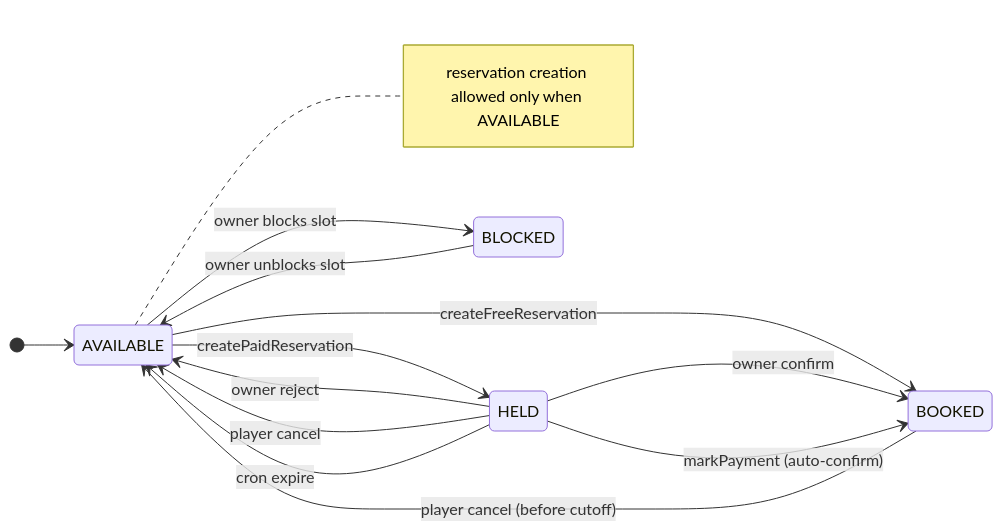
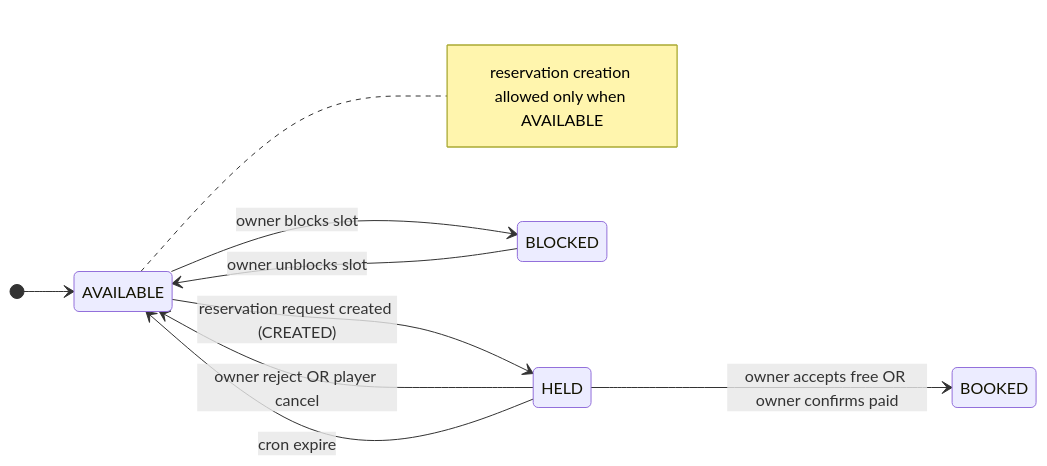
One commit to raphaelmans/next16bp changed the second of 2 diagrams in docs/reservation-state-machine-diagram.md. Above: the diagram before and after it, drawn with Mermaid. The commit also changed other lines of this file and 74 other files, not shown here.

````diff
--- a/docs/reservation-state-machine-diagram.md
+++ b/docs/reservation-state-machine-diagram.md
@@ -48,23 +51,18 @@
 ```mermaid
 stateDiagram-v2
   direction LR
   [*] --> AVAILABLE
 
-  AVAILABLE --> HELD: createPaidReservation
-  AVAILABLE --> BOOKED: createFreeReservation
+  AVAILABLE --> HELD: reservation request created (CREATED)
 
-  HELD --> BOOKED: owner confirm
-  HELD --> BOOKED: markPayment (auto-confirm)
-  HELD --> AVAILABLE: owner reject
-  HELD --> AVAILABLE: player cancel
+  HELD --> BOOKED: owner accepts free OR owner confirms paid
+  HELD --> AVAILABLE: owner reject OR player cancel
   HELD --> AVAILABLE: cron expire
-
-  BOOKED --> AVAILABLE: player cancel (before cutoff)
 
   AVAILABLE --> BLOCKED: owner blocks slot
   BLOCKED --> AVAILABLE: owner unblocks slot
 
   note right of AVAILABLE
     reservation creation allowed only when AVAILABLE
   end note
 ```
````
